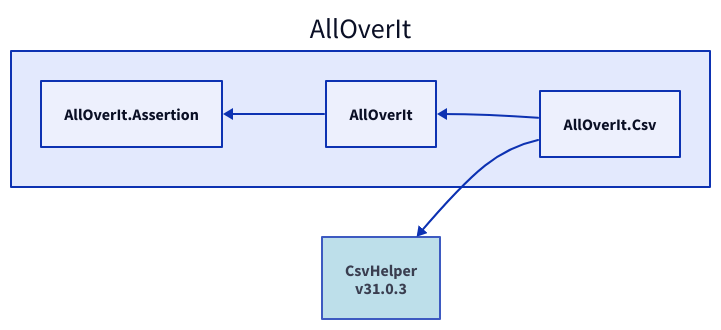
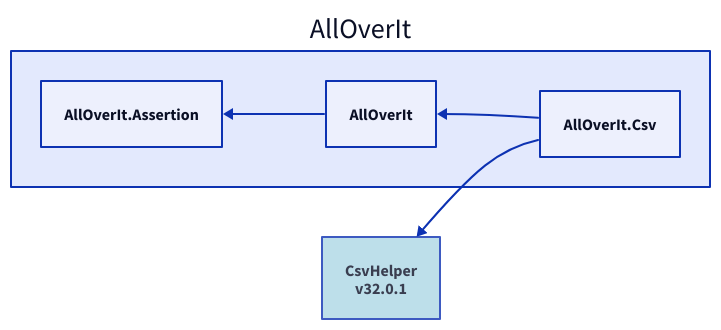
The diagram in Docs/Reference/Content/images/dependencies/net7.0/alloverit-csv.d2 (mjfreelancing/AllOverIt), drawn with D2 before and after one commit. The commit also changed 1310 other files, not shown here.

```diff
--- a/Docs/Reference/Content/images/dependencies/net7.0/alloverit-csv.d2
+++ b/Docs/Reference/Content/images/dependencies/net7.0/alloverit-csv.d2
@@ -1,12 +1,12 @@
 direction: left
 
 aoi: AllOverIt
 aoi.alloverit-csv: AllOverIt.Csv
-csvhelper_31-0-3: CsvHelper\nv31.0.3
-csvhelper_31-0-3.style.fill: "#ADD8E6"
-csvhelper_31-0-3.style.opacity: 0.8
-csvhelper_31-0-3 <- aoi.alloverit-csv
+csvhelper_32-0-1: CsvHelper\nv32.0.1
+csvhelper_32-0-1.style.fill: "#ADD8E6"
+csvhelper_32-0-1.style.opacity: 0.8
+csvhelper_32-0-1 <- aoi.alloverit-csv
 aoi.alloverit: AllOverIt
 aoi.alloverit-assertion: AllOverIt.Assertion
 aoi.alloverit-assertion <- aoi.alloverit
 aoi.alloverit <- aoi.alloverit-csv
```
